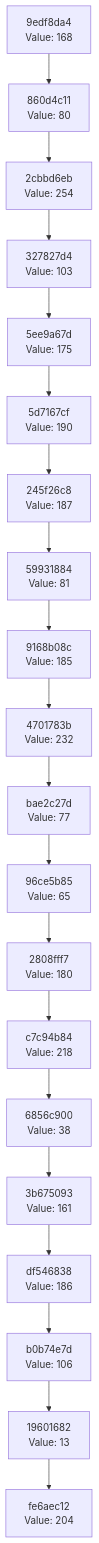
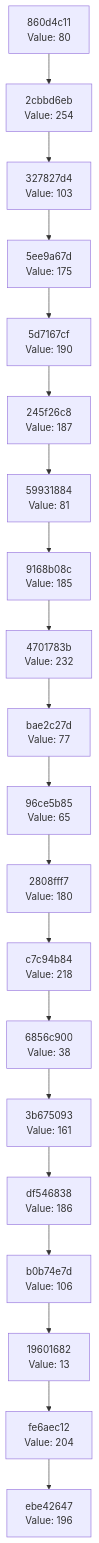
Before and after one commit to Abhisheksinha1506/hash-chain-evolver: the diagram in docs/CHAIN_VISUALIZATION.md, drawn with Mermaid. The commit also changed 3 other files, not shown here.

````diff
--- a/docs/CHAIN_VISUALIZATION.md
+++ b/docs/CHAIN_VISUALIZATION.md
@@ -3,42 +3,42 @@
 ```mermaid
 graph TD
-    C0["fe6aec12<br/>Value: 204"]
-    C1["19601682<br/>Value: 13"]
+    C0["ebe42647<br/>Value: 196"]
+    C1["fe6aec12<br/>Value: 204"]
     C1 --> C0
-    C2["b0b74e7d<br/>Value: 106"]
+    C2["19601682<br/>Value: 13"]
     C2 --> C1
-    C3["df546838<br/>Value: 186"]
+    C3["b0b74e7d<br/>Value: 106"]
     C3 --> C2
-    C4["3b675093<br/>Value: 161"]
+    C4["df546838<br/>Value: 186"]
     C4 --> C3
-    C5["6856c900<br/>Value: 38"]
+    C5["3b675093<br/>Value: 161"]
     C5 --> C4
-    C6["c7c94b84<br/>Value: 218"]
+    C6["6856c900<br/>Value: 38"]
     C6 --> C5
-    C7["2808fff7<br/>Value: 180"]
+    C7["c7c94b84<br/>Value: 218"]
     C7 --> C6
-    C8["96ce5b85<br/>Value: 65"]
+    C8["2808fff7<br/>Value: 180"]
     C8 --> C7
-    C9["bae2c27d<br/>Value: 77"]
+    C9["96ce5b85<br/>Value: 65"]
     C9 --> C8
-    C10["4701783b<br/>Value: 232"]
+    C10["bae2c27d<br/>Value: 77"]
     C10 --> C9
-    C11["9168b08c<br/>Value: 185"]
+    C11["4701783b<br/>Value: 232"]
     C11 --> C10
-    C12["59931884<br/>Value: 81"]
+    C12["9168b08c<br/>Value: 185"]
     C12 --> C11
-    C13["245f26c8<br/>Value: 187"]
+    C13["59931884<br/>Value: 81"]
     C13 --> C12
-    C14["5d7167cf<br/>Value: 190"]
+    C14["245f26c8<br/>Value: 187"]
     C14 --> C13
-    C15["5ee9a67d<br/>Value: 175"]
+    C15["5d7167cf<br/>Value: 190"]
     C15 --> C14
-    C16["327827d4<br/>Value: 103"]
+    C16["5ee9a67d<br/>Value: 175"]
     C16 --> C15
-    C17["2cbbd6eb<br/>Value: 254"]
+    C17["327827d4<br/>Value: 103"]
     C17 --> C16
-    C18["860d4c11<br/>Value: 80"]
+    C18["2cbbd6eb<br/>Value: 254"]
     C18 --> C17
-    C19["9edf8da4<br/>Value: 168"]
+    C19["860d4c11<br/>Value: 80"]
     C19 --> C18
 ```
````
